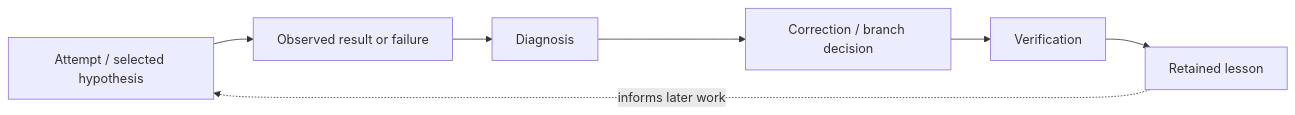
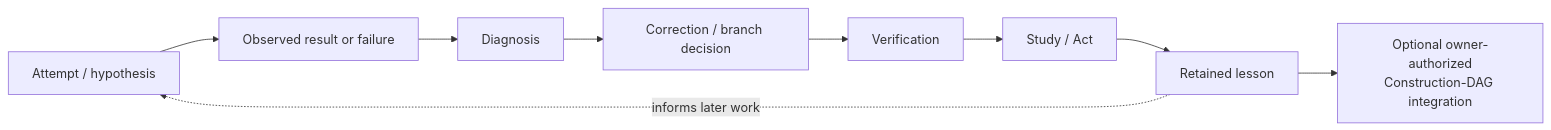
One commit to Scientifica-eng/BOMA changed the first of 2 diagrams in LAB/00_ARCHITECTURE/views/LEARNING_GRAPH_VIEW.md. Above: the diagram before and after it, drawn with Mermaid. The commit also changed other lines of this file, not shown here.

Commit message:
docs(view): extend Learning Graph through closed Stage-Two integration

````diff
--- a/LAB/00_ARCHITECTURE/views/LEARNING_GRAPH_VIEW.md
+++ b/LAB/00_ARCHITECTURE/views/LEARNING_GRAPH_VIEW.md
@@ -32,11 +32,14 @@
 ```mermaid
 flowchart LR
-  A[Attempt / selected hypothesis]
+  A[Attempt / hypothesis]
   O[Observed result or failure]
   D[Diagnosis]
   C[Correction / branch decision]
   V[Verification]
+  S[Study / Act]
   L[Retained lesson]
-  A --> O --> D --> C --> V --> L
+  I[Optional owner-authorized\nConstruction-DAG integration]
+  A --> O --> D --> C --> V --> S --> L
   L -. informs later work .-> A
+  L --> I
 ```
````
